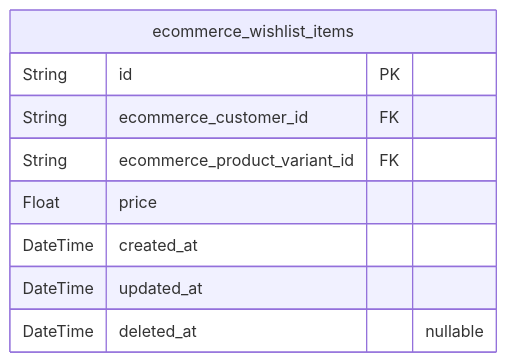
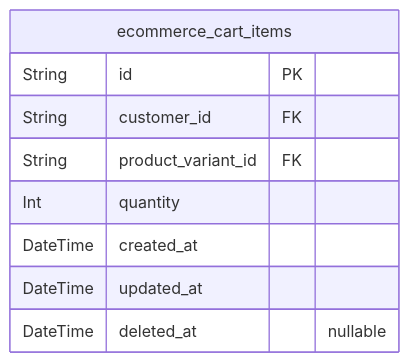
The sixth of 6 diagrams in qwen/qwen3-30b-a3b-thinking-2507/shopping/docs/ERD.md (wrtnlabs/autobe-examples), drawn with Mermaid before and after one commit. The commit also changed other lines of this file and 25939 other files, not shown here.

````diff
--- a/qwen/qwen3-30b-a3b-thinking-2507/shopping/docs/ERD.md
+++ b/qwen/qwen3-30b-a3b-thinking-2507/shopping/docs/ERD.md
@@ -1216,12 +1281,12 @@
 ```mermaid
 erDiagram
-"ecommerce_wishlist_items" {
+"ecommerce_cart_items" {
   String id PK
-  String ecommerce_customer_id FK
-  String ecommerce_product_variant_id FK
-  Float price
+  String customer_id FK
+  String product_variant_id FK
+  Int quantity
   DateTime created_at
   DateTime updated_at
   DateTime deleted_at "nullable"
 }
 ```
````
